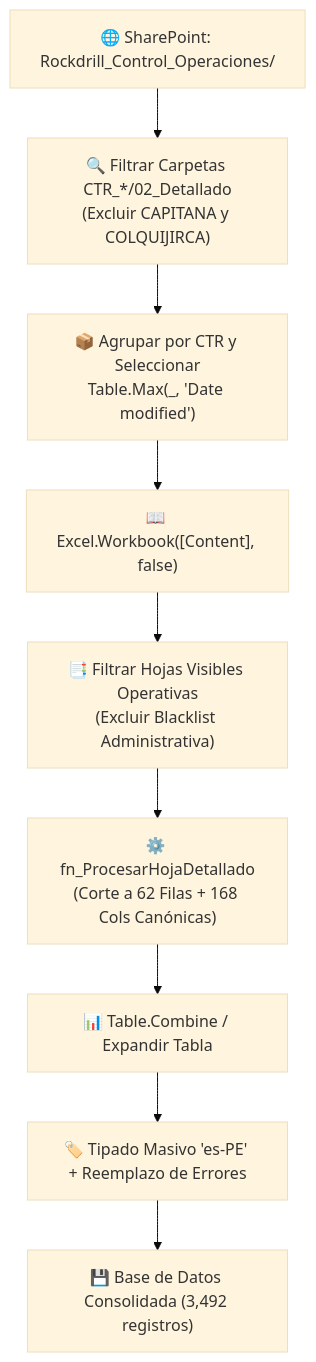
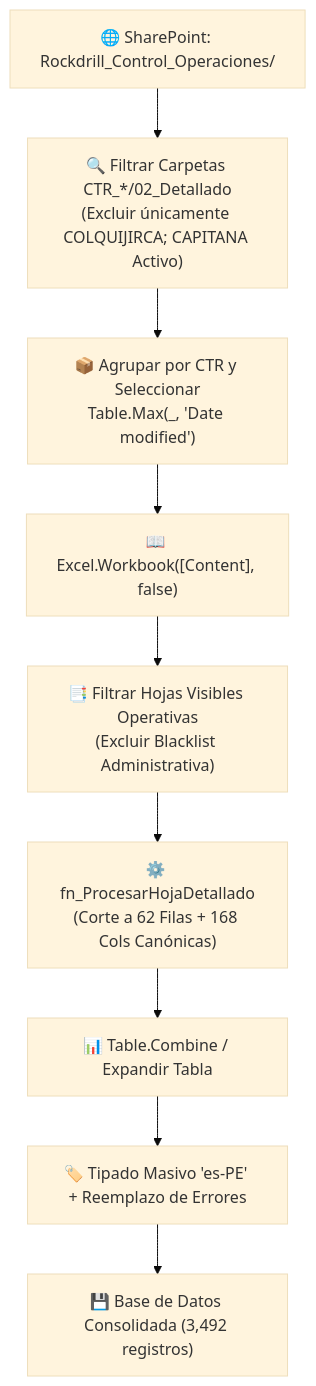
Before and after one commit to chihuacoaudaz-png/revision-detallado: the diagram in MCP/docs/obsidian/07_RECOPILADOR_POWERQUERY_Y_168_COLUMNAS.md, drawn with Mermaid (base theme). The commit also changed other lines of this file and 30 other files, not shown here.

````diff
--- a/MCP/docs/obsidian/07_RECOPILADOR_POWERQUERY_Y_168_COLUMNAS.md
+++ b/MCP/docs/obsidian/07_RECOPILADOR_POWERQUERY_Y_168_COLUMNAS.md
@@ -13,11 +13,11 @@
 ```mermaid
 flowchart TD
-    SP["🌐 SharePoint: Rockdrill_Control_Operaciones/"] --> FLTR["🔍 Filtrar Carpetas CTR_*/02_Detallado<br/>(Excluir CAPITANA y COLQUIJIRCA)"]
+    SP["🌐 SharePoint: Rockdrill_Control_Operaciones/"] --> FLTR["🔍 Filtrar Carpetas CTR_*/02_Detallado<br/>(Excluir únicamente COLQUIJIRCA; CAPITANA Activo)"]
     FLTR --> GROUP["📦 Agrupar por CTR y Seleccionar<br/>Table.Max(_, 'Date modified')"]
     GROUP --> WB["📖 Excel.Workbook([Content], false)"]
     WB --> SHT_FLTR["📑 Filtrar Hojas Visibles Operativas<br/>(Excluir Blacklist Administrativa)"]
     SHT_FLTR --> FN["⚙️ fn_ProcesarHojaDetallado<br/>(Corte a 62 Filas + 168 Cols Canónicas)"]
     FN --> EXPAND["📊 Table.Combine / Expandir Tabla"]
     EXPAND --> TYPE["🏷️ Tipado Masivo 'es-PE' + Reemplazo de Errores"]
     TYPE --> OUT["💾 Base de Datos Consolidada (3,492 registros)"]
 ```
````
